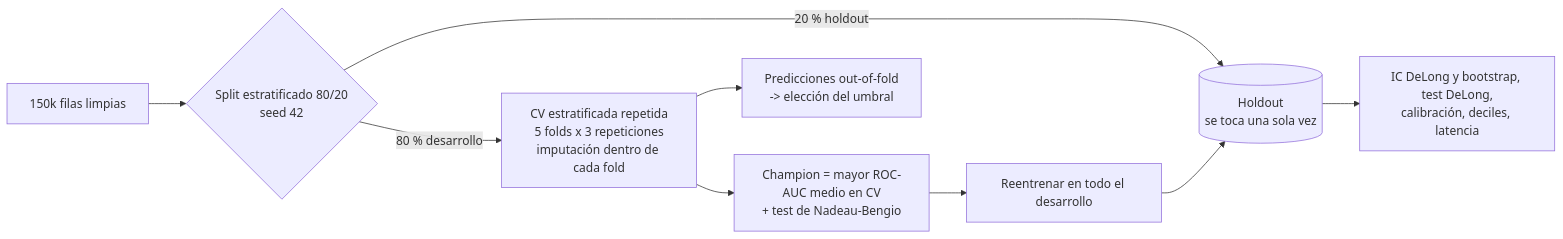
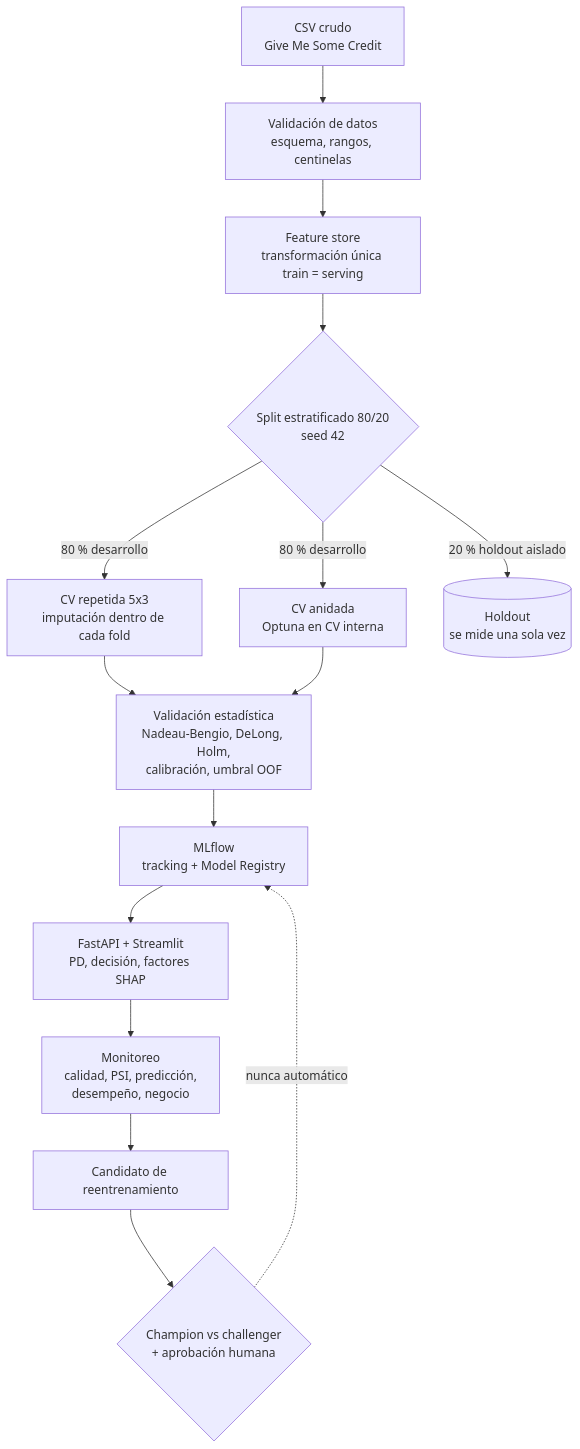
Before and after one commit to wilder14-eslu/credit-risk-ml-platform: the diagram in README.md, drawn with Mermaid. The commit also changed other lines of this file and 90 other files, not shown here.

Commit message:
Validación estadística y metodología de riesgo: scorecard WoE, CV anidada, Holm, costos, equidad, stress, monitoreo y gobernanza

````diff
--- a/README.md
+++ b/README.md
@@ -87,11 +44,17 @@
 ```mermaid
-flowchart LR
-    A[150k filas limpias] --> B{Split estratificado 80/20<br/>seed 42}
-    B -->|80 % desarrollo| C[CV estratificada repetida<br/>5 folds x 3 repeticiones<br/>imputación dentro de cada fold]
-    B -->|20 % holdout| H[(Holdout<br/>se toca una sola vez)]
-    C --> D[Champion = mayor ROC-AUC medio en CV<br/>+ test de Nadeau-Bengio]
-    C --> E[Predicciones out-of-fold<br/>-> elección del umbral]
-    D --> F[Reentrenar en todo el desarrollo]
-    F --> H
-    H --> G[IC DeLong y bootstrap, test DeLong,<br/>calibración, deciles, latencia]
+flowchart TD
+    A[CSV crudo<br/>Give Me Some Credit] --> B[Validación de datos<br/>esquema, rangos, centinelas]
+    B --> C[Feature store<br/>transformación única train = serving]
+    C --> D{Split estratificado 80/20<br/>seed 42}
+    D -->|80 % desarrollo| E[CV repetida 5x3<br/>imputación dentro de cada fold]
+    D -->|80 % desarrollo| F[CV anidada<br/>Optuna en CV interna]
+    D -->|20 % holdout aislado| H[(Holdout<br/>se mide una sola vez)]
+    E --> G[Validación estadística<br/>Nadeau-Bengio, DeLong, Holm,<br/>calibración, umbral OOF]
+    F --> G
+    G --> I[MLflow<br/>tracking + Model Registry]
+    I --> J[FastAPI + Streamlit<br/>PD, decisión, factores SHAP]
+    J --> K[Monitoreo<br/>calidad, PSI, predicción,<br/>desempeño, negocio]
+    K --> L[Candidato de reentrenamiento]
+    L --> M{Champion vs challenger<br/>+ aprobación humana}
+    M -.->|nunca automático| I
 ```
````
